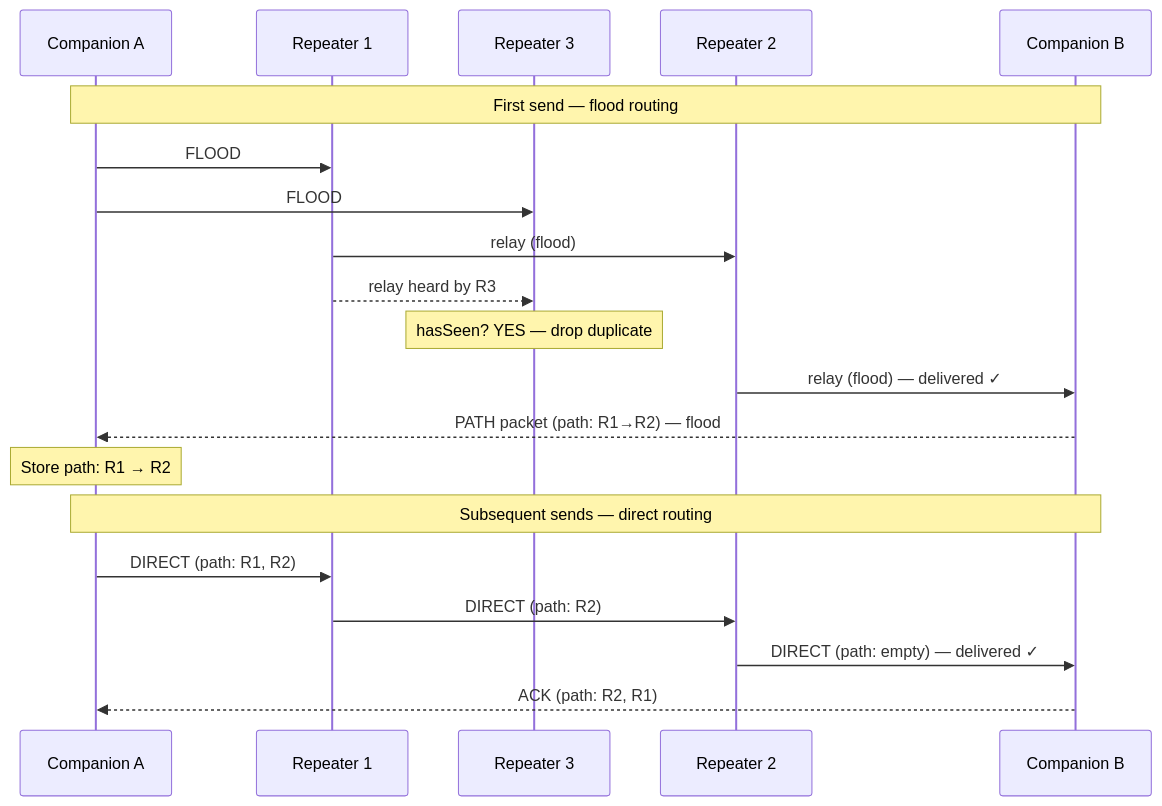
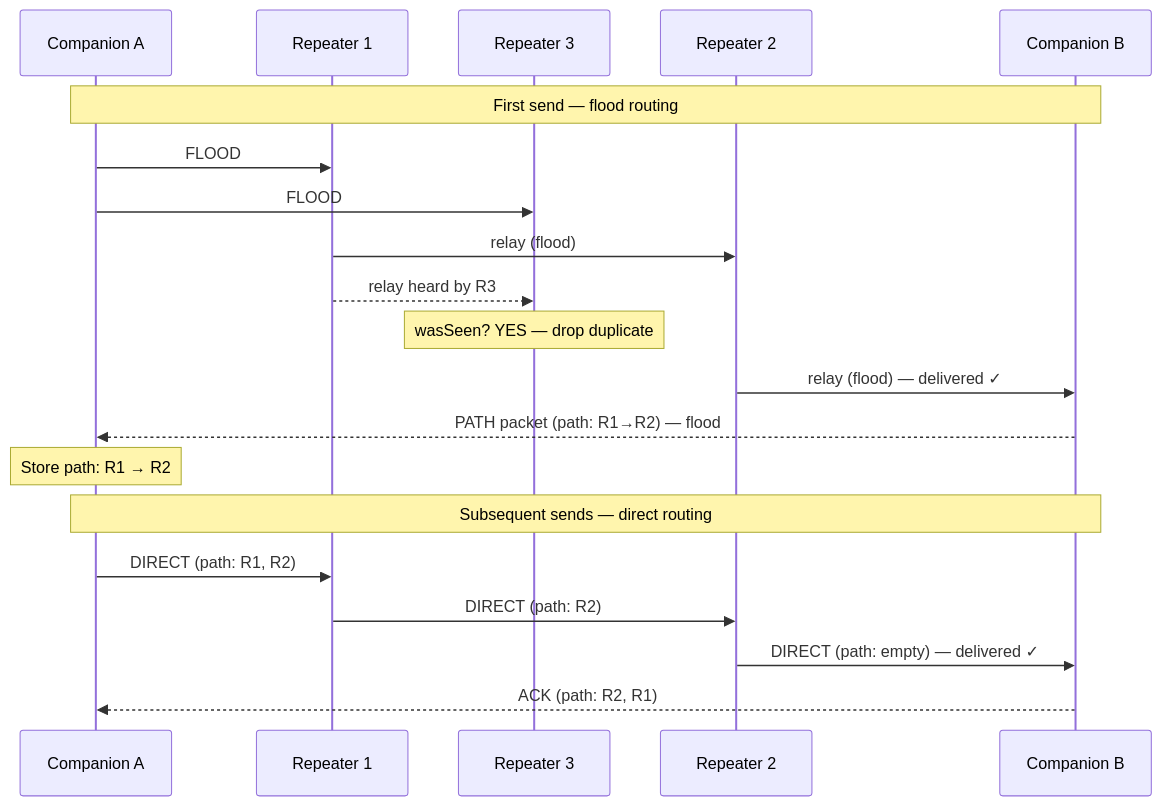
Before and after one commit to jagoda/meshcore-guide: the diagram in docs/concepts/how-messages-travel.md, drawn with Mermaid. The commit also changed other lines of this file and 4 other files, not shown here.

Commit message:
checkpoint: Phase 2 — hasSeen split into wasSeen/markSeen across 5 pages incl. Mermaid labels; mkdocs build --strict green

````diff
--- a/docs/concepts/how-messages-travel.md
+++ b/docs/concepts/how-messages-travel.md
@@ -114,24 +114,24 @@
 ```mermaid
 sequenceDiagram
     participant A as Companion A
     participant R1 as Repeater 1
     participant R3 as Repeater 3
     participant R2 as Repeater 2
     participant B as Companion B
 
     Note over A,B: First send — flood routing
     A->>R1: FLOOD
     A->>R3: FLOOD
     R1->>R2: relay (flood)
     R1-->>R3: relay heard by R3
-    Note over R3: hasSeen? YES — drop duplicate
+    Note over R3: wasSeen? YES — drop duplicate
     R2->>B: relay (flood) — delivered ✓
     B-->>A: PATH packet (path: R1→R2) — flood
     Note over A: Store path: R1 → R2
 
     Note over A,B: Subsequent sends — direct routing
     A->>R1: DIRECT (path: R1, R2)
     R1->>R2: DIRECT (path: R2)
     R2->>B: DIRECT (path: empty) — delivered ✓
     B-->>A: ACK (path: R2, R1)
 ```
````
